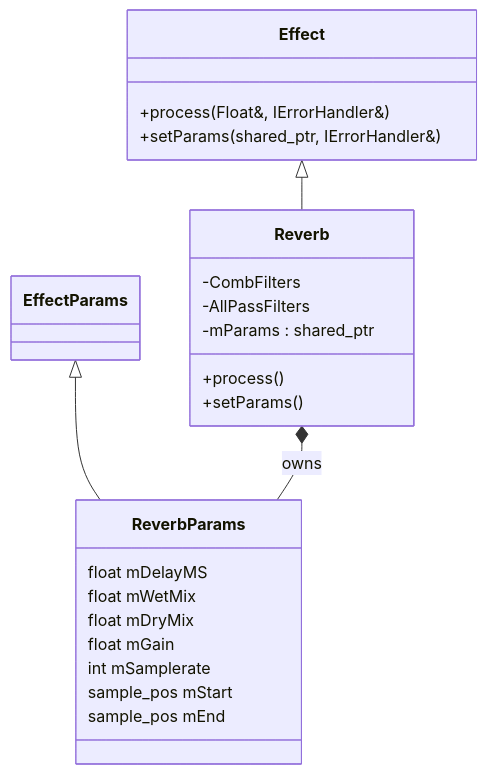
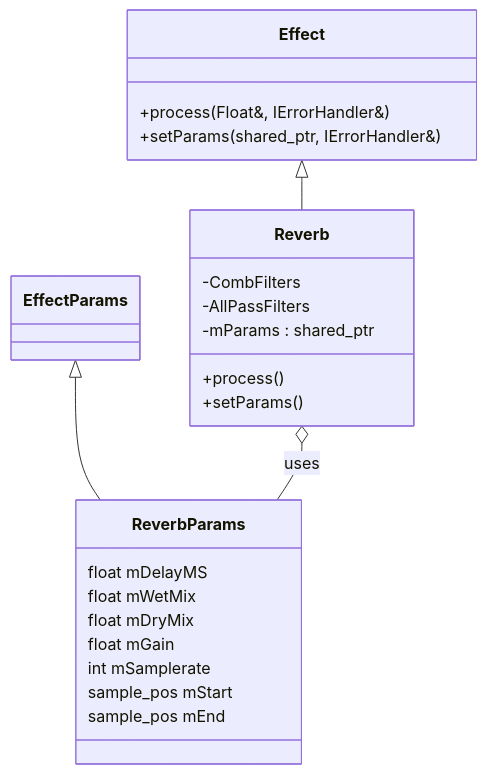
The second of 2 diagrams in docs/Architecture.md (TheAmgadX/AJ-Audio-Engine), drawn with Mermaid before and after one commit. The commit also changed other lines of this file, not shown here.

````diff
--- a/docs/Architecture.md
+++ b/docs/Architecture.md
@@ -90,31 +90,32 @@
 ```mermaid
 classDiagram
     class Effect {
         +process(Float&, IErrorHandler&)
         +setParams(shared_ptr<EffectParams>, IErrorHandler&)
-    }
-
-    class Reverb {
-        +process()
-        +setParams()
-        -CombFilters
-        -AllPassFilters
-        -mParams : shared_ptr<ReverbParams>
     }
 
     class EffectParams
 
     class ReverbParams {
         float mDelayMS
         float mWetMix
         float mDryMix
         float mGain
         int mSamplerate
         sample_pos mStart
         sample_pos mEnd
     }
 
+    class Reverb {
+        +process()
+        +setParams()
+        -CombFilters
+        -AllPassFilters
+        -mParams : shared_ptr<ReverbParams>
+    }
+
     Effect <|-- Reverb
     EffectParams <|-- ReverbParams
-    Reverb *-- ReverbParams : owns
+    Reverb o-- ReverbParams : uses
+
 ```
````
